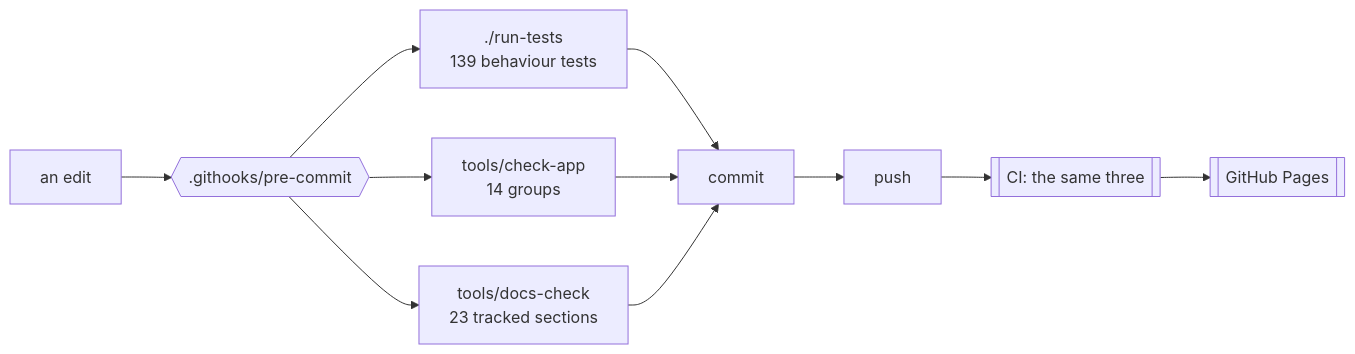
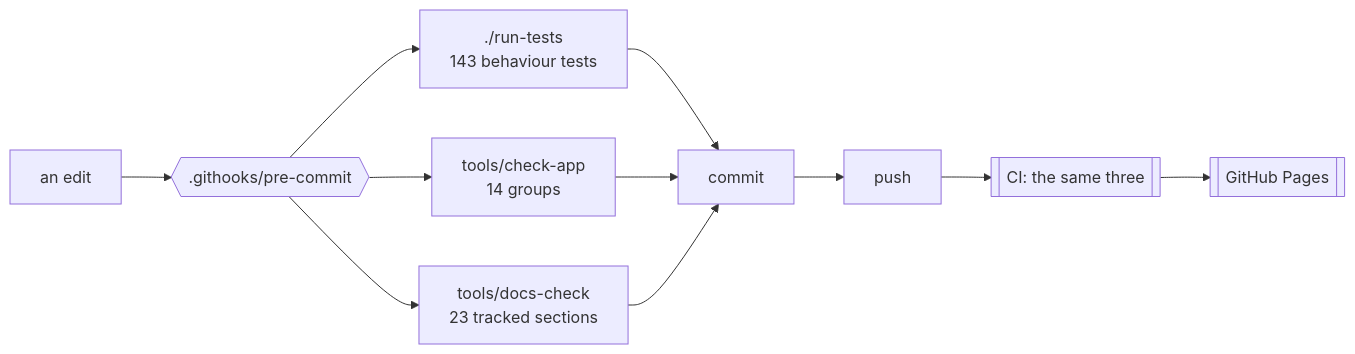
The diagram in docs/DEVELOPING.md (minormending/crystal-pilot-mobile), drawn with Mermaid before and after one commit. The commit also changed other lines of this file and 2 other files, not shown here.

````diff
--- a/docs/DEVELOPING.md
+++ b/docs/DEVELOPING.md
@@ -15,12 +15,12 @@
 ```mermaid
 flowchart LR
     E[an edit] --> H{{".githooks/pre-commit"}}
-    H --> T["./run-tests<br/>139 behaviour tests"]
+    H --> T["./run-tests<br/>143 behaviour tests"]
     H --> C["tools/check-app<br/>14 groups"]
     H --> D["tools/docs-check<br/>23 tracked sections"]
     T --> OK[commit]
     C --> OK
     D --> OK
     OK --> P[push] --> CI[["CI: the same three"]]
     CI --> PG[[GitHub Pages]]
 ```
````
